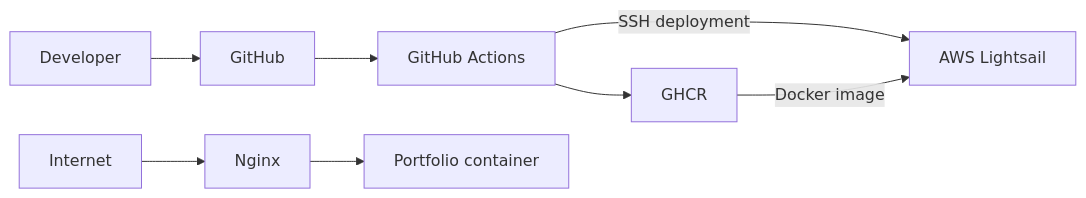
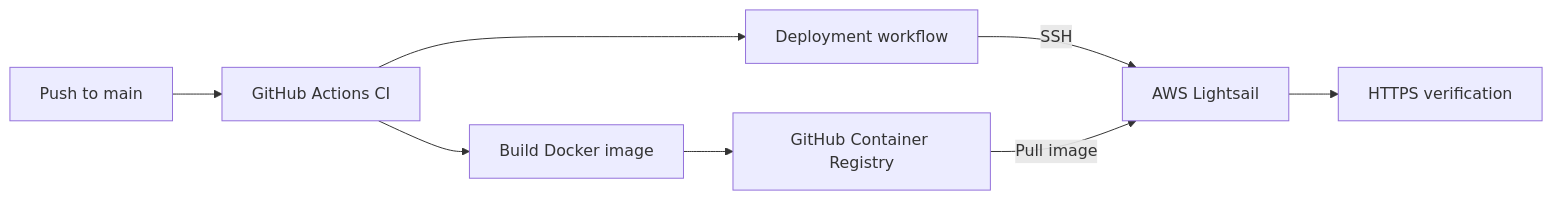
Before and after one commit to yang648557392/portfolio-site: the second of 2 diagrams in README.md, drawn with Mermaid. The commit also changed other lines of this file, not shown here.

````diff
--- a/README.md
+++ b/README.md
@@ -18,10 +49,10 @@
 ```mermaid
 flowchart LR
-    Developer --> GitHub
-    GitHub --> Actions["GitHub Actions"]
-    Actions --> GHCR
-    Actions -->|SSH deployment| AWS["AWS Lightsail"]
-    GHCR -->|Docker image| AWS
-    Internet --> Nginx
-    Nginx --> Container["Portfolio container"]
+    Code["Push to main"] --> CI["GitHub Actions CI"]
+    CI --> Image["Build Docker image"]
+    Image --> GHCR["GitHub Container Registry"]
+    CI --> CD["Deployment workflow"]
+    CD -->|SSH| Lightsail["AWS Lightsail"]
+    GHCR -->|Pull image| Lightsail
+    Lightsail --> Verify["HTTPS verification"]
 ```
````
